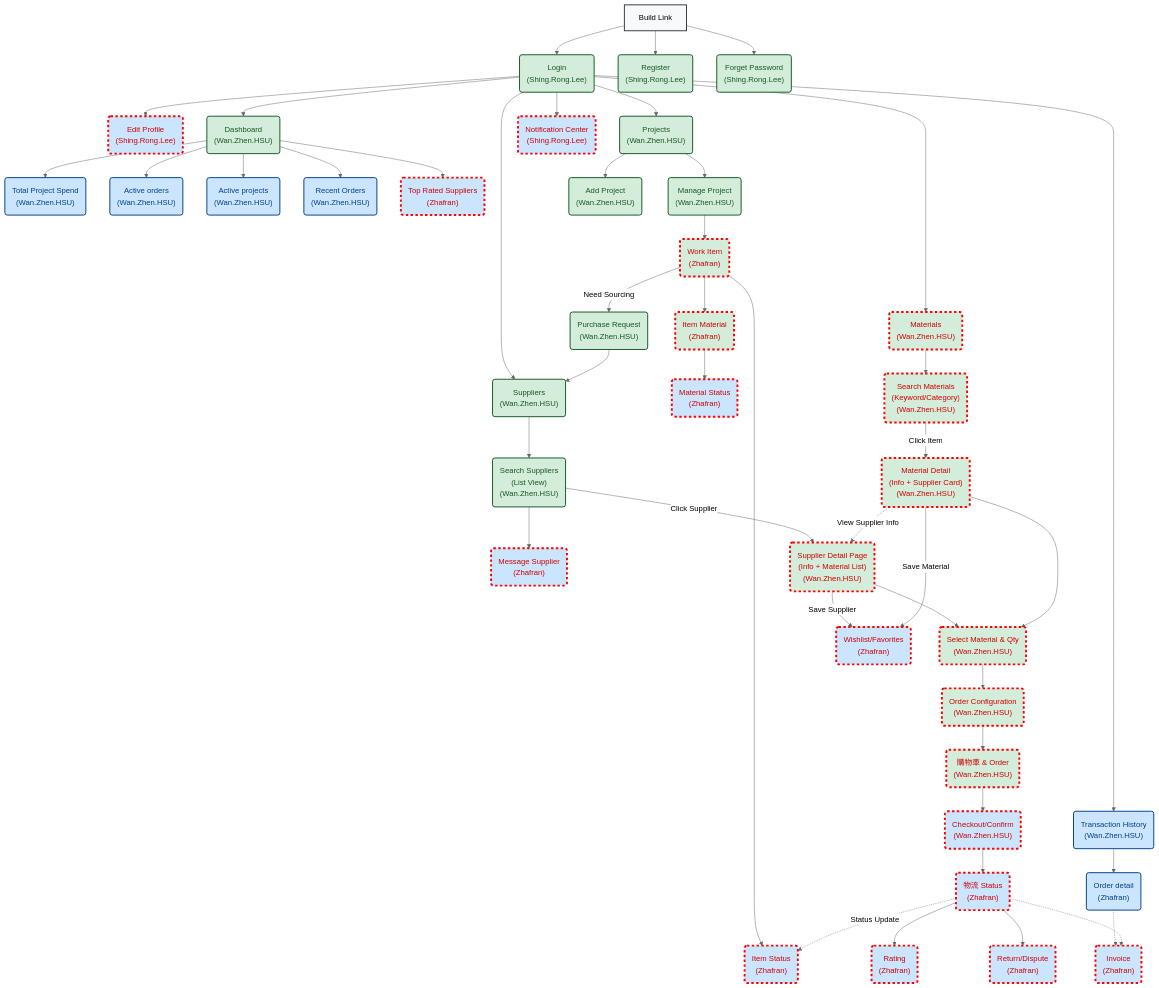
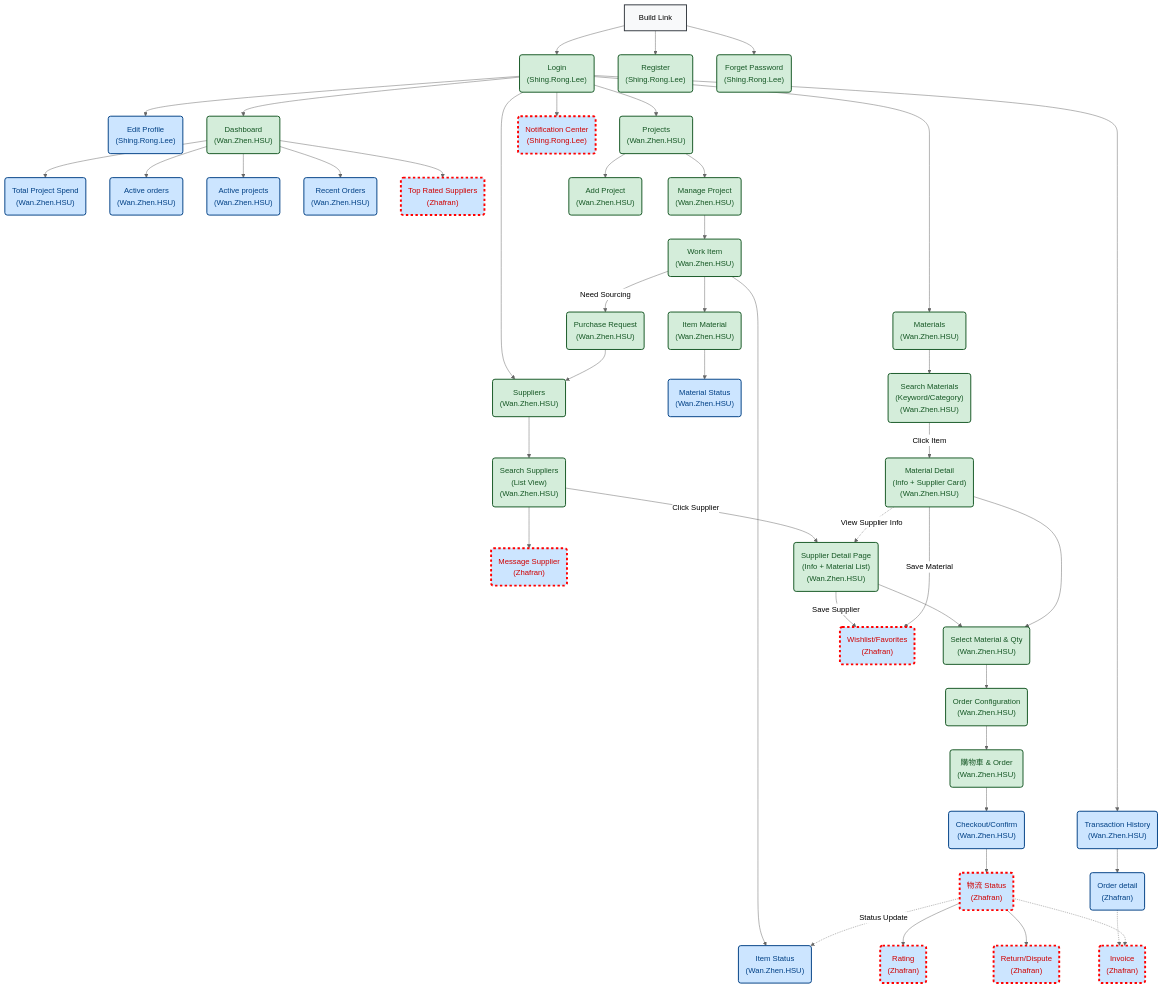
Before and after one commit to Wanzhennnnnnnnnnnn/Team4: the diagram in README.md, drawn with Mermaid (neutral theme).

Commit message:
分工項目完成更新

```diff
--- a/README.md
+++ b/README.md
@@ -17,13 +17,13 @@
     Root[Build Link]:::root --> ForgetPW("Forget Password<br/>(Shing.Rong.Lee)"):::mvp
 
     %% Login Downstream
-    Login --> EditProfile("Edit Profile<br/>(Shing.Rong.Lee)"):::exp_missing
+    Login --> EditProfile("Edit Profile<br/>(Shing.Rong.Lee)"):::exp
     Login --> Dashboard("Dashboard<br/>(Wan.Zhen.HSU)"):::mvp
     Login --> Projects("Projects<br/>(Wan.Zhen.HSU)"):::mvp
 
     %% --- 分流入口 ---
     Login --> Suppliers("Suppliers<br/>(Wan.Zhen.HSU)"):::mvp
-    Login --> Materials("Materials<br/>(Wan.Zhen.HSU)"):::mvp_missing
+    Login --> Materials("Materials<br/>(Wan.Zhen.HSU)"):::mvp
     Login --> TransHistory("Transaction History<br/>(Wan.Zhen.HSU)"):::exp
 
     %% 新增：通知中心
@@ -44,12 +44,12 @@
     Projects --> ManageProject("Manage Project<br/>(Wan.Zhen.HSU)"):::mvp
     Projects --> AddProject("Add Project<br/>(Wan.Zhen.HSU)"):::mvp
 
-    ManageProject --> WorkItem("Work Item<br/>(Zhafran)"):::mvp_missing
+    ManageProject --> WorkItem("Work Item<br/>(Wan.Zhen.HSU)"):::mvp
 
-    %% 專案細節流程 (需新增邏輯)
-    WorkItem --> ItemStatus("Item Status<br/>(Zhafran)"):::exp_missing
-    WorkItem --> ItemMaterial("Item Material<br/>(Zhafran)"):::mvp_missing
-    ItemMaterial --> MaterialStatus("Material Status<br/>(Zhafran)"):::exp_missing
+    %% 專案細節流程
+    WorkItem --> ItemStatus("Item Status<br/>(Wan.Zhen.HSU)"):::exp
+    WorkItem --> ItemMaterial("Item Material<br/>(Wan.Zhen.HSU)"):::mvp
+    ItemMaterial --> MaterialStatus("Material Status<br/>(Wan.Zhen.HSU)"):::exp
 
     %% 專案需求 -> 找供應商
     WorkItem -- "Need Sourcing" --> PurchaseOrderReq("Purchase Request<br/>(Wan.Zhen.HSU)"):::mvp
@@ -57,16 +57,16 @@
 
     %% --- 核心修改：搜尋與目錄邏輯分流 ---
 
-    %% Path A: Suppliers (Suppliers.hjs 已有，但缺少功能)
+    %% Path A: Suppliers
     Suppliers --> SupSearch("Search Suppliers<br/>(List View)<br/>(Wan.Zhen.HSU)"):::mvp
     SupSearch --> Message("Message Supplier<br/>(Zhafran)"):::exp_missing
 
-    SupSearch -- "Click Supplier" --> SupDetail("Supplier Detail Page<br/>(Info + Material List)<br/>(Wan.Zhen.HSU)"):::mvp_missing
-    SupDetail --> Material("Select Material & Qty<br/>(Wan.Zhen.HSU)"):::mvp_missing
+    SupSearch -- "Click Supplier" --> SupDetail("Supplier Detail Page<br/>(Info + Material List)<br/>(Wan.Zhen.HSU)"):::mvp
+    SupDetail --> Material("Select Material & Qty<br/>(Wan.Zhen.HSU)"):::mvp
 
-    %% Path B: Materials (完全缺失)
-    Materials --> MatSearch("Search Materials<br/>(Keyword/Category)<br/>(Wan.Zhen.HSU)"):::mvp_missing
-    MatSearch -- "Click Item" --> MatDetail("Material Detail<br/>(Info + Supplier Card)<br/>(Wan.Zhen.HSU)"):::mvp_missing
+    %% Path B: Materials
+    Materials --> MatSearch("Search Materials<br/>(Keyword/Category)<br/>(Wan.Zhen.HSU)"):::mvp
+    MatSearch -- "Click Item" --> MatDetail("Material Detail<br/>(Info + Supplier Card)<br/>(Wan.Zhen.HSU)"):::mvp
 
     %% Materials 路徑的連結
     MatDetail --> Material
@@ -76,14 +76,14 @@
     SupDetail -- "Save Supplier" --> Wishlist("Wishlist/Favorites<br/>(Zhafran)"):::exp_missing
     MatDetail -- "Save Material" --> Wishlist
 
-    %% Order Configuration (缺失)
-    Material --> OrderConfig("Order Configuration<br/>(Wan.Zhen.HSU)"):::mvp_missing
+    %% Order Configuration
+    Material --> OrderConfig("Order Configuration<br/>(Wan.Zhen.HSU)"):::mvp
 
     %% Order & Logistics Flow
-    OrderConfig --> Cart("購物車 & Order<br/>(Wan.Zhen.HSU)"):::mvp_missing
+    OrderConfig --> Cart("購物車 & Order<br/>(Wan.Zhen.HSU)"):::mvp
 
-    %% 結帳流程 (缺失)
-    Cart --> Checkout("Checkout/Confirm<br/>(Wan.Zhen.HSU)"):::exp_missing
+    %% 結帳流程
+    Cart --> Checkout("Checkout/Confirm<br/>(Wan.Zhen.HSU)"):::exp
 
     Checkout --> Logistics("物流 Status<br/>(Zhafran)"):::exp_missing
 
```
